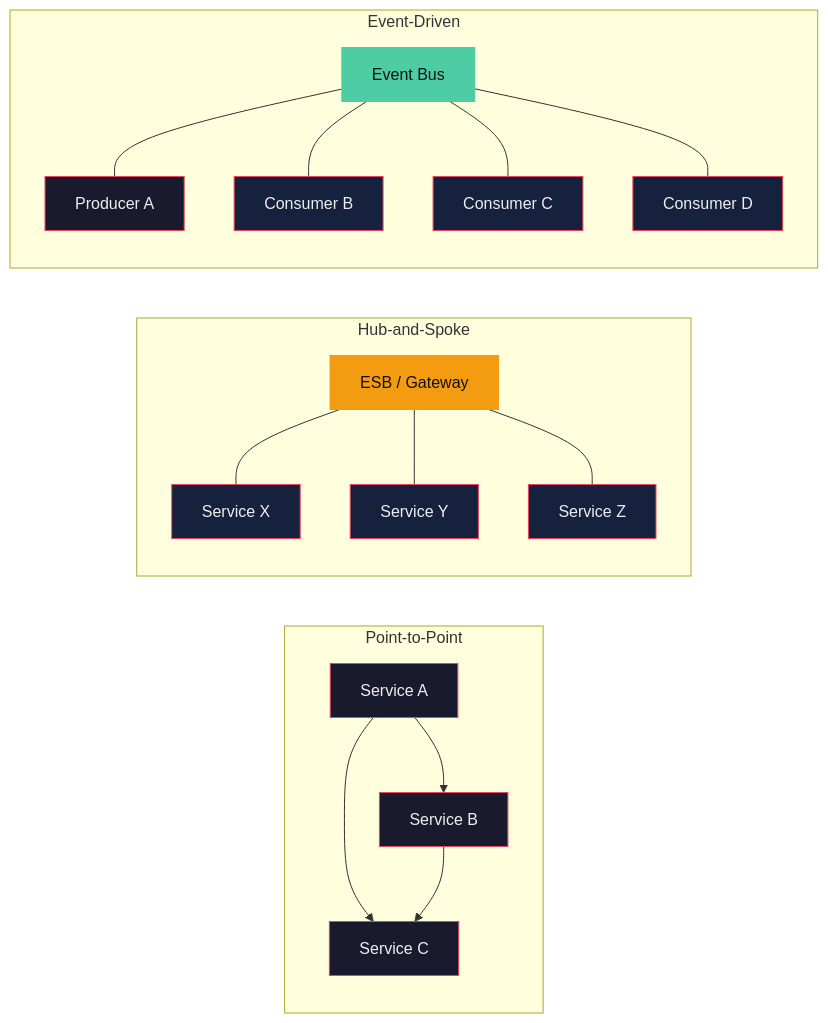
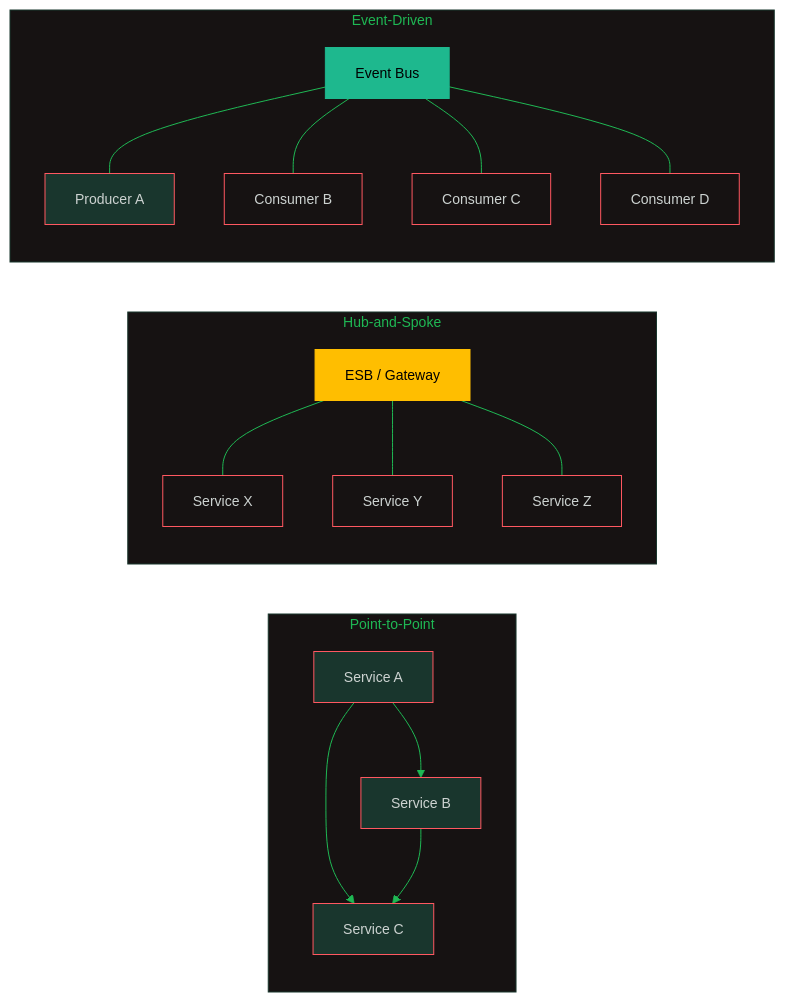
One commit to oat431/swe-knowledge changed the fifth of 9 diagrams in computing-foundation-note/Fundamental/00 Basic Concepts of a System.md. Above: the diagram before and after it, drawn with Mermaid. The commit also changed other lines of this file and 139 other files, not shown here.

````diff
--- a/computing-foundation-note/Fundamental/00 Basic Concepts of a System.md
+++ b/computing-foundation-note/Fundamental/00 Basic Concepts of a System.md
@@ -426,32 +434,33 @@
 ```mermaid
+%%{init: {'theme':'base','themeVariables':{'primaryColor':'#19362D','primaryTextColor':'#CDD3D1','primaryBorderColor':'#1FB854','lineColor':'#1FB854','secondaryColor':'#161212','tertiaryColor':'#1B1717','background':'#1B1717','mainBkg':'#19362D','nodeBorder':'#1FB854','clusterBkg':'#161212','clusterBorder':'#19362D','titleColor':'#1FB854','edgeLabelBackground':'#161212','fontSize':'14px'}}}%%
 flowchart LR
     subgraph "Point-to-Point"
         S1["Service A"] --> S2["Service B"]
         S1 --> S3["Service C"]
         S2 --> S3
     end
     subgraph "Hub-and-Spoke"
         H["ESB / Gateway"] --- H1["Service X"]
         H --- H2["Service Y"]
         H --- H3["Service Z"]
     end
     subgraph "Event-Driven"
         EB["Event Bus"] --- E1["Producer A"]
         EB --- E2["Consumer B"]
         EB --- E3["Consumer C"]
         EB --- E4["Consumer D"]
     end
     
-    style S1 fill:#1a1a2e,stroke:#e94560,color:#eee
-    style S2 fill:#1a1a2e,stroke:#e94560,color:#eee
-    style S3 fill:#1a1a2e,stroke:#e94560,color:#eee
-    style H fill:#f39c12,stroke:#f39c12,color:#111
-    style H1 fill:#16213e,stroke:#e94560,color:#eee
-    style H2 fill:#16213e,stroke:#e94560,color:#eee
-    style H3 fill:#16213e,stroke:#e94560,color:#eee
-    style EB fill:#4ecca3,stroke:#4ecca3,color:#111
-    style E1 fill:#1a1a2e,stroke:#e94560,color:#eee
-    style E2 fill:#16213e,stroke:#e94560,color:#eee
-    style E3 fill:#16213e,stroke:#e94560,color:#eee
-    style E4 fill:#16213e,stroke:#e94560,color:#eee
+    style S1 fill:#19362D,stroke:#FF5861,color:#CDD3D1
+    style S2 fill:#19362D,stroke:#FF5861,color:#CDD3D1
+    style S3 fill:#19362D,stroke:#FF5861,color:#CDD3D1
+    style H fill:#FFBE00,stroke:#FFBE00,color:#000000
+    style H1 fill:#161212,stroke:#FF5861,color:#CDD3D1
+    style H2 fill:#161212,stroke:#FF5861,color:#CDD3D1
+    style H3 fill:#161212,stroke:#FF5861,color:#CDD3D1
+    style EB fill:#1EB88E,stroke:#1EB88E,color:#000000
+    style E1 fill:#19362D,stroke:#FF5861,color:#CDD3D1
+    style E2 fill:#161212,stroke:#FF5861,color:#CDD3D1
+    style E3 fill:#161212,stroke:#FF5861,color:#CDD3D1
+    style E4 fill:#161212,stroke:#FF5861,color:#CDD3D1
 ```
````
